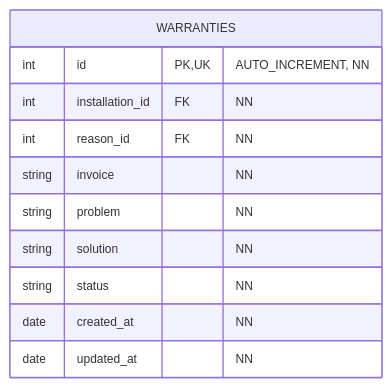
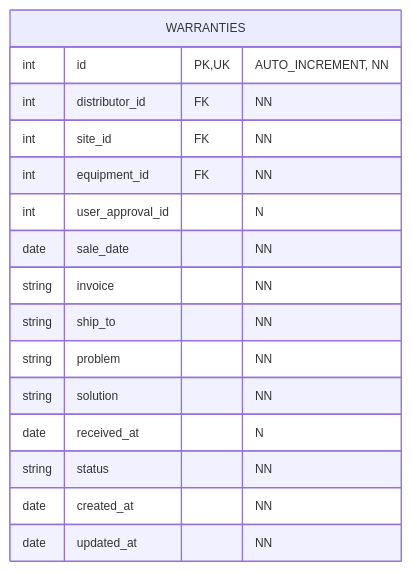
One commit to Juandiego001/lab-dental changed diagram 32 of 39 in docs/db/db.md. Above: the diagram before and after it, drawn with Mermaid. The commit also changed other lines of this file and 47 other files, not shown here.

````diff
--- a/docs/db/db.md
+++ b/docs/db/db.md
@@ -569,15 +584,20 @@
 ```mermaid
 %%{init: {'theme': 'default', 'themeVariables': { 'fontSize': '12px', 'entityPadding': '5' }}}%%
 erDiagram
     WARRANTIES {
         int id PK, UK "AUTO_INCREMENT, NN"
-        int installation_id FK "NN"
-        int reason_id FK "NN"
+        int distributor_id FK "NN"
+        int site_id FK "NN"
+        int equipment_id FK "NN"
+        int user_approval_id "N"
+        date sale_date "NN"
         string invoice "NN"
+        string ship_to "NN"
         string problem "NN"
         string solution "NN"
+        date received_at "N"
         string status "NN"
         date created_at "NN"
         date updated_at "NN"
     }
 ```
````
